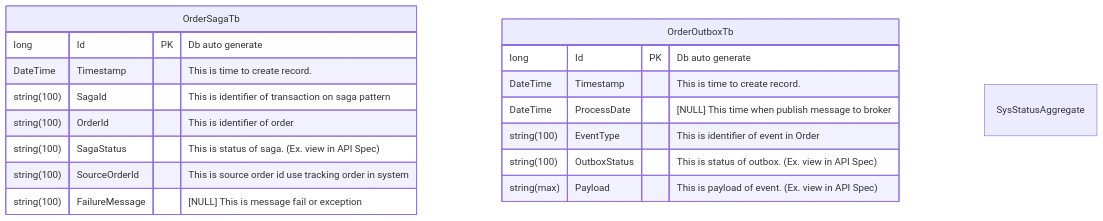
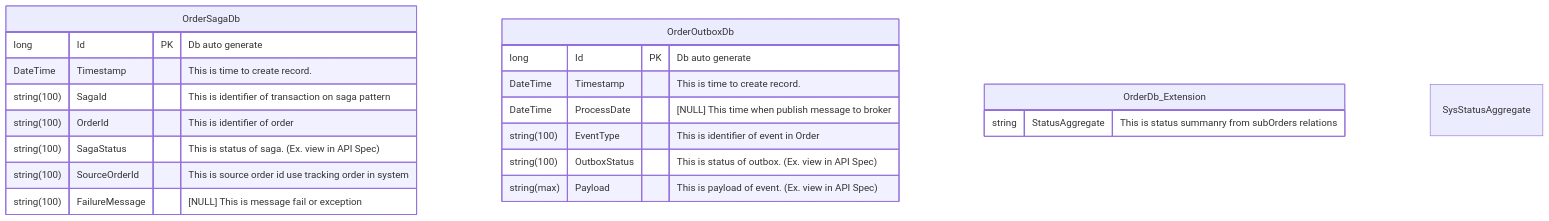
Before and after one commit to rosered11/org_document: the diagram in SPC/Order/OrderStatus/ER-Diagram.md, drawn with Mermaid.

````diff
--- a/SPC/Order/OrderStatus/ER-Diagram.md
+++ b/SPC/Order/OrderStatus/ER-Diagram.md
@@ -1,23 +1,26 @@
 ```mermaid
 erDiagram
-    OrderSagaTb {
+    OrderSagaDb {
         long Id PK "Db auto generate"
         DateTime Timestamp "This is time to create record."
         string(100) SagaId "This is identifier of transaction on saga pattern"
         string(100) OrderId "This is identifier of order"
         string(100) SagaStatus "This is status of saga. (Ex. view in API Spec)"
         string(100) SourceOrderId "This is source order id use tracking order in system"
         string(100) FailureMessage "[NULL] This is message fail or exception"
     }
-    OrderOutboxTb {
+    OrderOutboxDb {
         long Id PK "Db auto generate"
         DateTime Timestamp "This is time to create record."
         DateTime ProcessDate "[NULL] This time when publish message to broker"
         string(100) EventType "This is identifier of event in Order"
         string(100) OutboxStatus "This is status of outbox. (Ex. view in API Spec)"
         string(max) Payload "This is payload of event. (Ex. view in API Spec)"
     }
+    OrderDb_Extension {
+        string StatusAggregate "This is status summanry from subOrders relations"
+    }
     SysStatusAggregate {
         
     }
 ```
````
